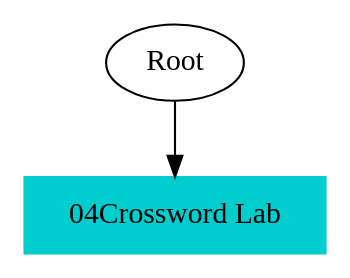
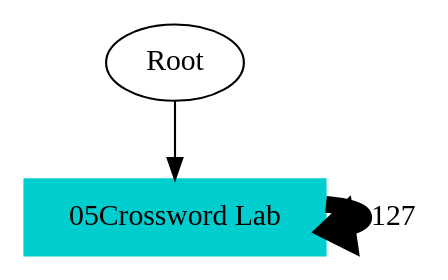
One commit to mypstom/robotide changed the diagram in TS2TS.gv. Above: the diagram before and after it, drawn with Graphviz. The commit also changed 21 other files, not shown here.

Commit message:
Component 圖 +上 Coupling 計算

```diff
--- a/TS2TS.gv
+++ b/TS2TS.gv
@@ -1,6 +1,7 @@
 // TS <-> TS
 digraph {
 	Root
-	"04Crossword Lab" [color=cyan3 shape=box style=filled]
-		Root -> "04Crossword Lab"
+	"05Crossword Lab" [color=cyan3 shape=box style=filled]
+		Root -> "05Crossword Lab"
+		"05Crossword Lab" -> "05Crossword Lab" [label=127 penwidth=7.98868468677]
 }
```
